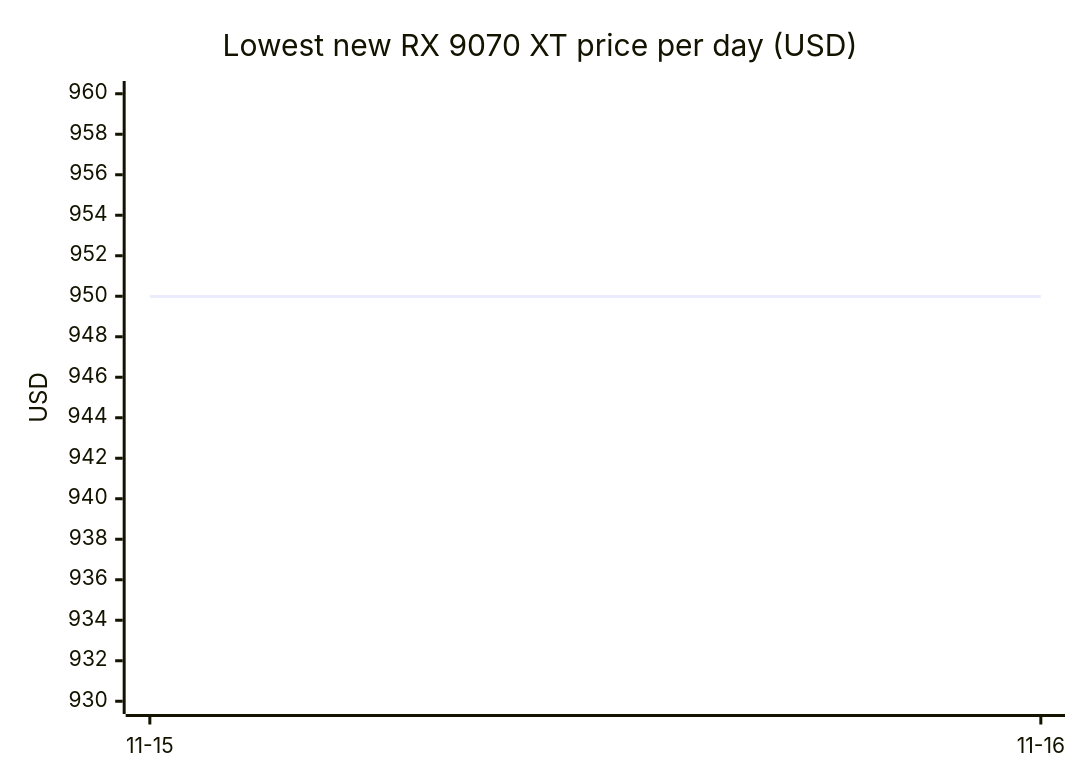
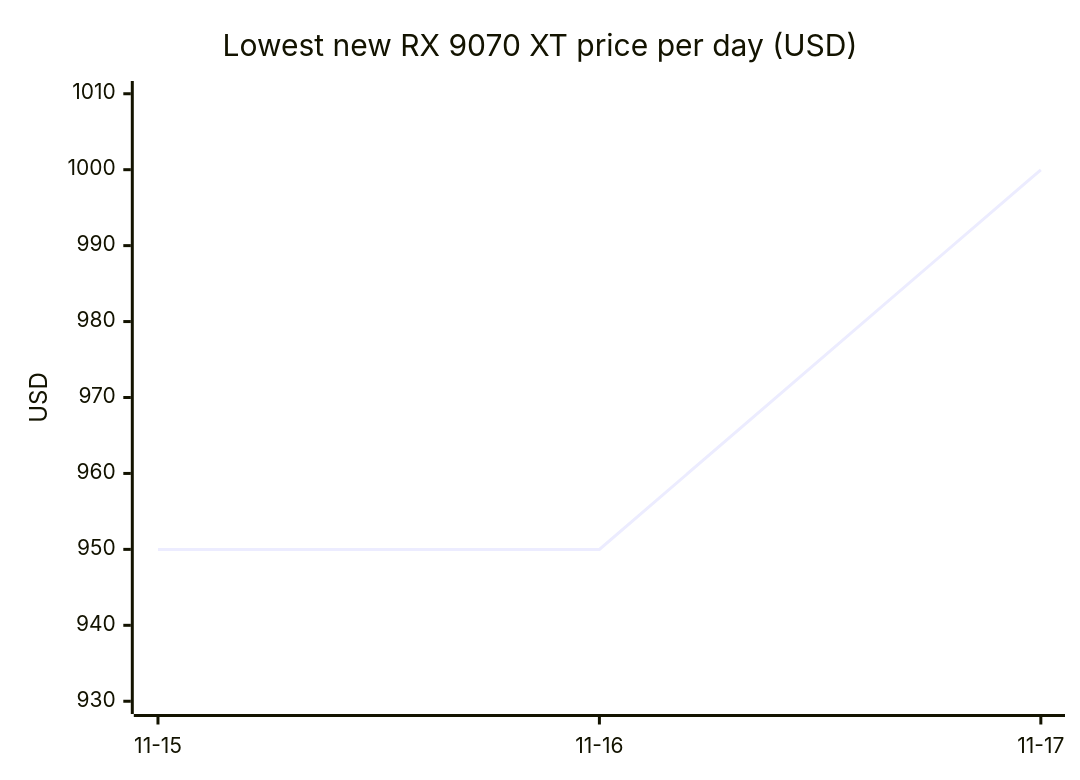
Diagram 11 of 18 in README.md (7324136828/4tb_ssd_price_watch), drawn with Mermaid before and after one commit. The commit also changed other lines of this file, not shown here.

````diff
--- a/README.md
+++ b/README.md
@@ -592,7 +615,7 @@
 ```mermaid
 xychart-beta
     title "Lowest new RX 9070 XT price per day (USD)"
-    x-axis ["11-15", "11-16"]
-    y-axis "USD" 930 --> 960
-    line [949.99, 949.99]
+    x-axis ["11-15", "11-16", "11-17"]
+    y-axis "USD" 930 --> 1010
+    line [949.99, 949.99, 999.99]
 ```
````
